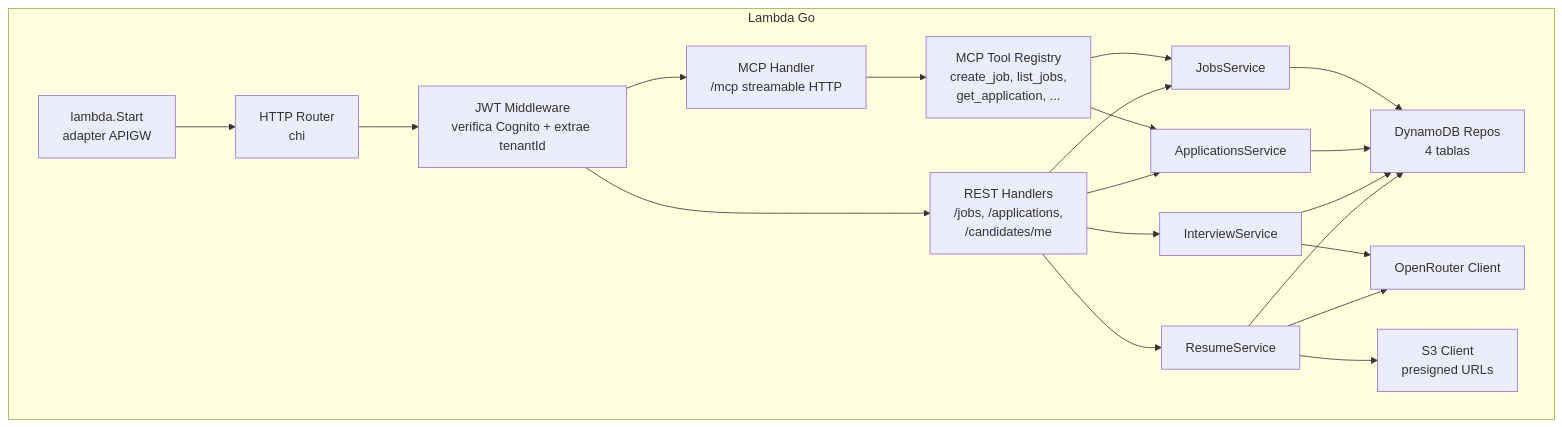
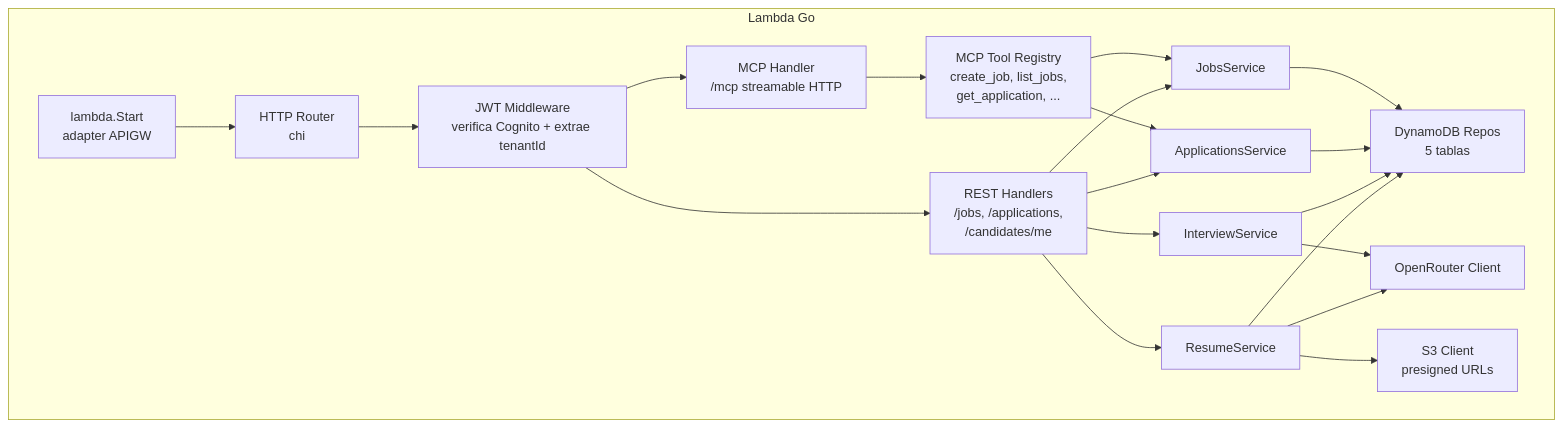
One commit to aldrinleal/AI4Devs-design-1-202602 changed the ninth of 10 diagrams in LTI-AL/LTI-AL.md. Above: the diagram before and after it, drawn with Mermaid. The commit also changed other lines of this file and 1 other file, not shown here.

````diff
--- a/LTI-AL/LTI-AL.md
+++ b/LTI-AL/LTI-AL.md
@@ -246,36 +251,36 @@
 ```mermaid
 flowchart TB
   subgraph LAMBDA[Lambda Go]
     ENTRY[lambda.Start<br/>adapter APIGW]
     ROUTER[HTTP Router<br/>chi]
     AUTHMW[JWT Middleware<br/>verifica Cognito + extrae tenantId]
     RESTH[REST Handlers<br/>/jobs, /applications,<br/>/candidates/me]
     MCPH[MCP Handler<br/>/mcp streamable HTTP]
     TOOLS[MCP Tool Registry<br/>create_job, list_jobs,<br/>get_application, ...]
     SVC_JOB[JobsService]
     SVC_APP[ApplicationsService]
     SVC_INT[InterviewService]
     SVC_CV[ResumeService]
-    REPO[DynamoDB Repos<br/>4 tablas]
+    REPO[DynamoDB Repos<br/>5 tablas]
     S3CLI[S3 Client<br/>presigned URLs]
     LLM[OpenRouter Client]
   end
 
   ENTRY --> ROUTER --> AUTHMW
   AUTHMW --> RESTH
   AUTHMW --> MCPH
   MCPH --> TOOLS
   TOOLS --> SVC_JOB
   TOOLS --> SVC_APP
   RESTH --> SVC_JOB
   RESTH --> SVC_APP
   RESTH --> SVC_INT
   RESTH --> SVC_CV
   SVC_JOB --> REPO
   SVC_APP --> REPO
   SVC_INT --> LLM
   SVC_INT --> REPO
   SVC_CV --> S3CLI
   SVC_CV --> LLM
   SVC_CV --> REPO
 ```
````
